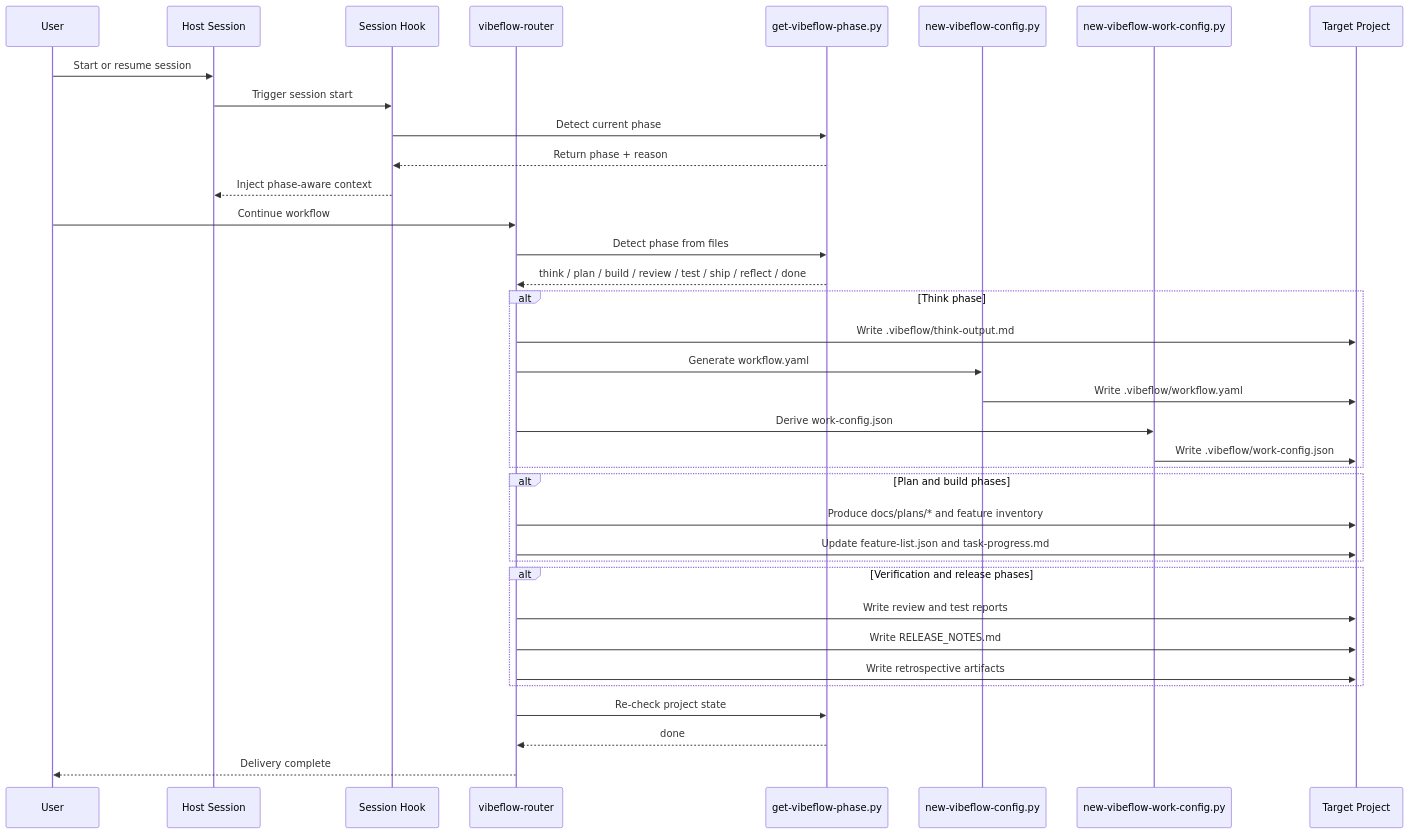
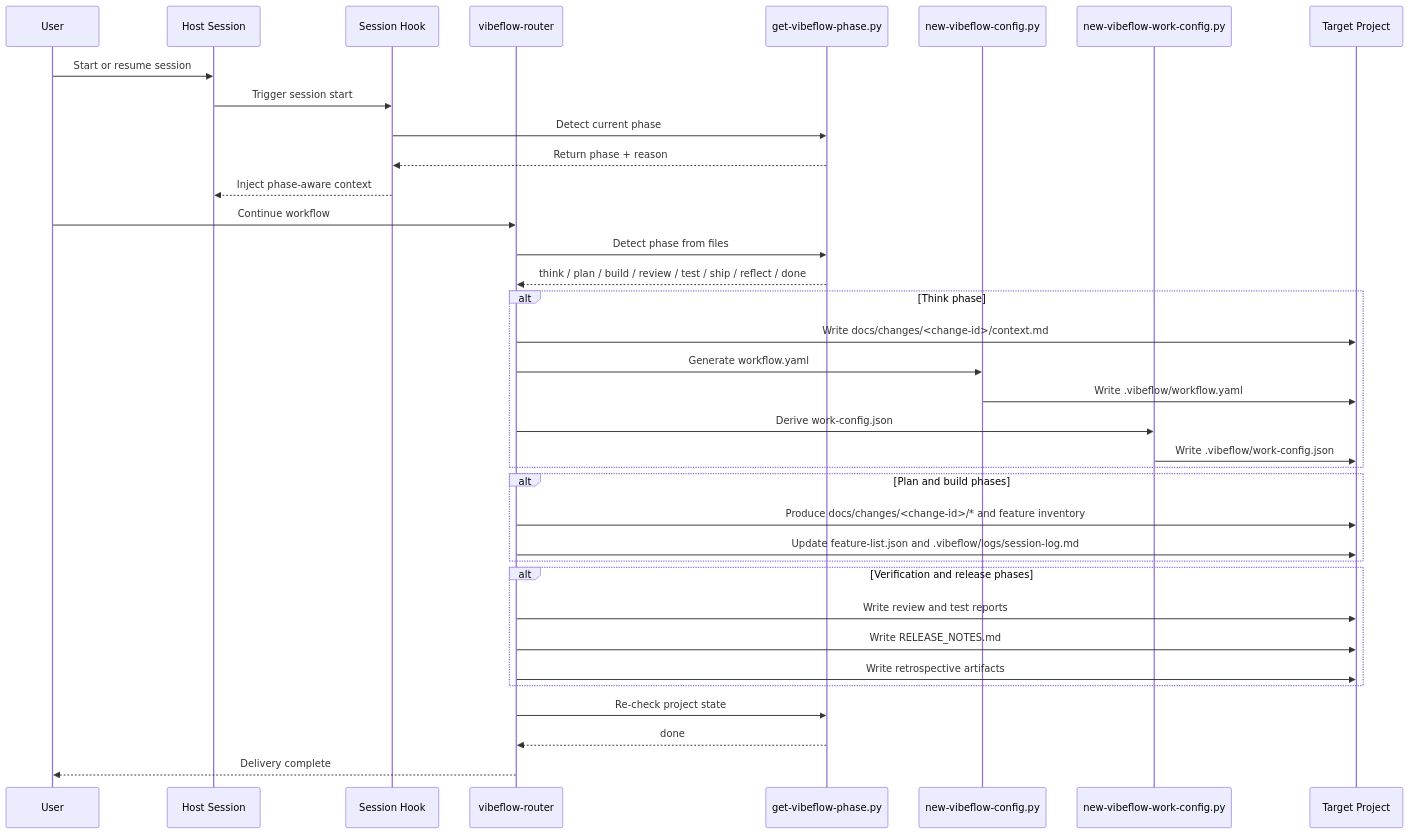
The third of 3 diagrams in ARCHITECTURE.md (ttttstc/vibeflow), drawn with Mermaid before and after one commit. The commit also changed other lines of this file and 45 other files, not shown here.

````diff
--- a/ARCHITECTURE.md
+++ b/ARCHITECTURE.md
@@ -153,43 +153,43 @@
 ```mermaid
 sequenceDiagram
     participant User
     participant Host as Host Session
     participant Hook as Session Hook
     participant Router as vibeflow-router
     participant Phase as get-vibeflow-phase.py
     participant Template as new-vibeflow-config.py
     participant WorkCfg as new-vibeflow-work-config.py
     participant Project as Target Project
 
     User->>Host: Start or resume session
     Host->>Hook: Trigger session start
     Hook->>Phase: Detect current phase
     Phase-->>Hook: Return phase + reason
     Hook-->>Host: Inject phase-aware context
     User->>Router: Continue workflow
     Router->>Phase: Detect phase from files
     Phase-->>Router: think / plan / build / review / test / ship / reflect / done
 
     alt Think phase
-        Router->>Project: Write .vibeflow/think-output.md
+        Router->>Project: Write docs/changes/<change-id>/context.md
         Router->>Template: Generate workflow.yaml
         Template->>Project: Write .vibeflow/workflow.yaml
         Router->>WorkCfg: Derive work-config.json
         WorkCfg->>Project: Write .vibeflow/work-config.json
     end
 
     alt Plan and build phases
-        Router->>Project: Produce docs/plans/* and feature inventory
-        Router->>Project: Update feature-list.json and task-progress.md
+        Router->>Project: Produce docs/changes/<change-id>/* and feature inventory
+        Router->>Project: Update feature-list.json and .vibeflow/logs/session-log.md
     end
 
     alt Verification and release phases
         Router->>Project: Write review and test reports
         Router->>Project: Write RELEASE_NOTES.md
         Router->>Project: Write retrospective artifacts
     end
 
     Router->>Phase: Re-check project state
     Phase-->>Router: done
     Router-->>User: Delivery complete
 ```
````
